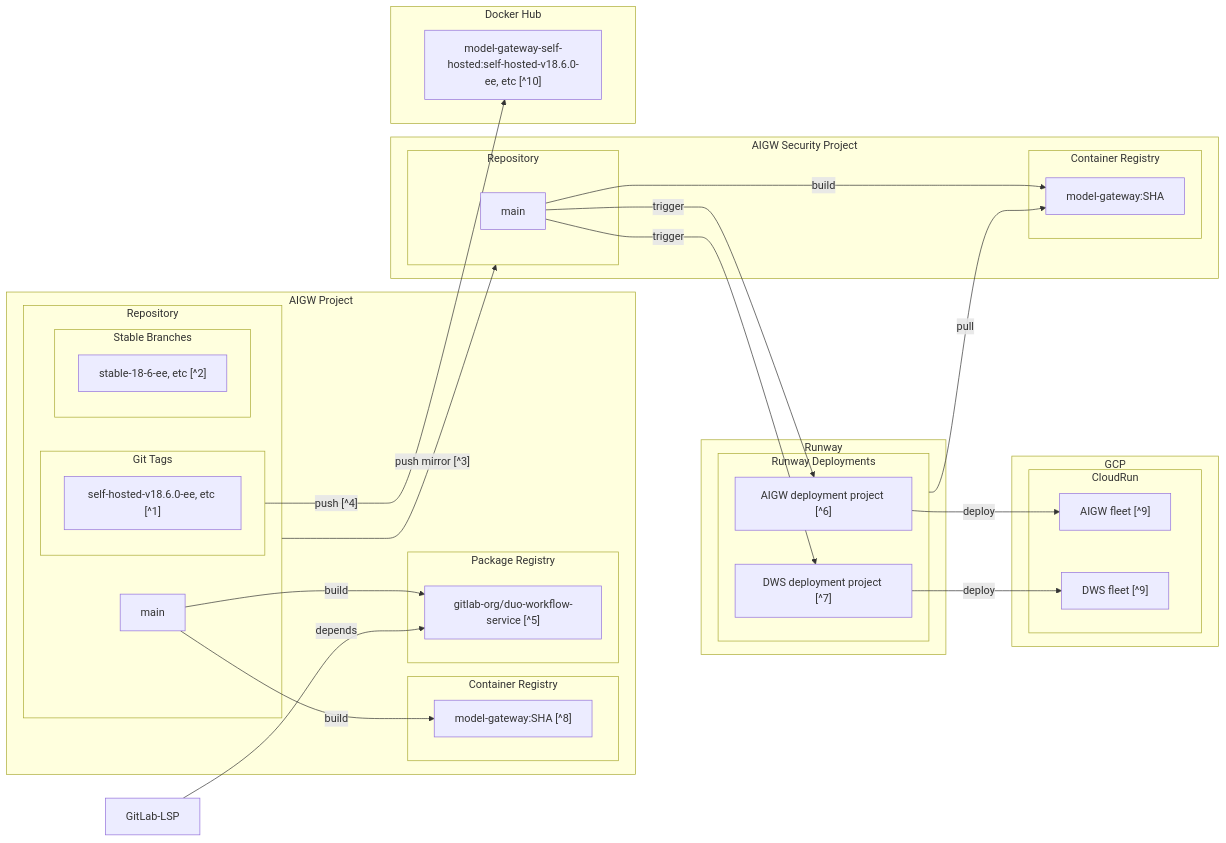
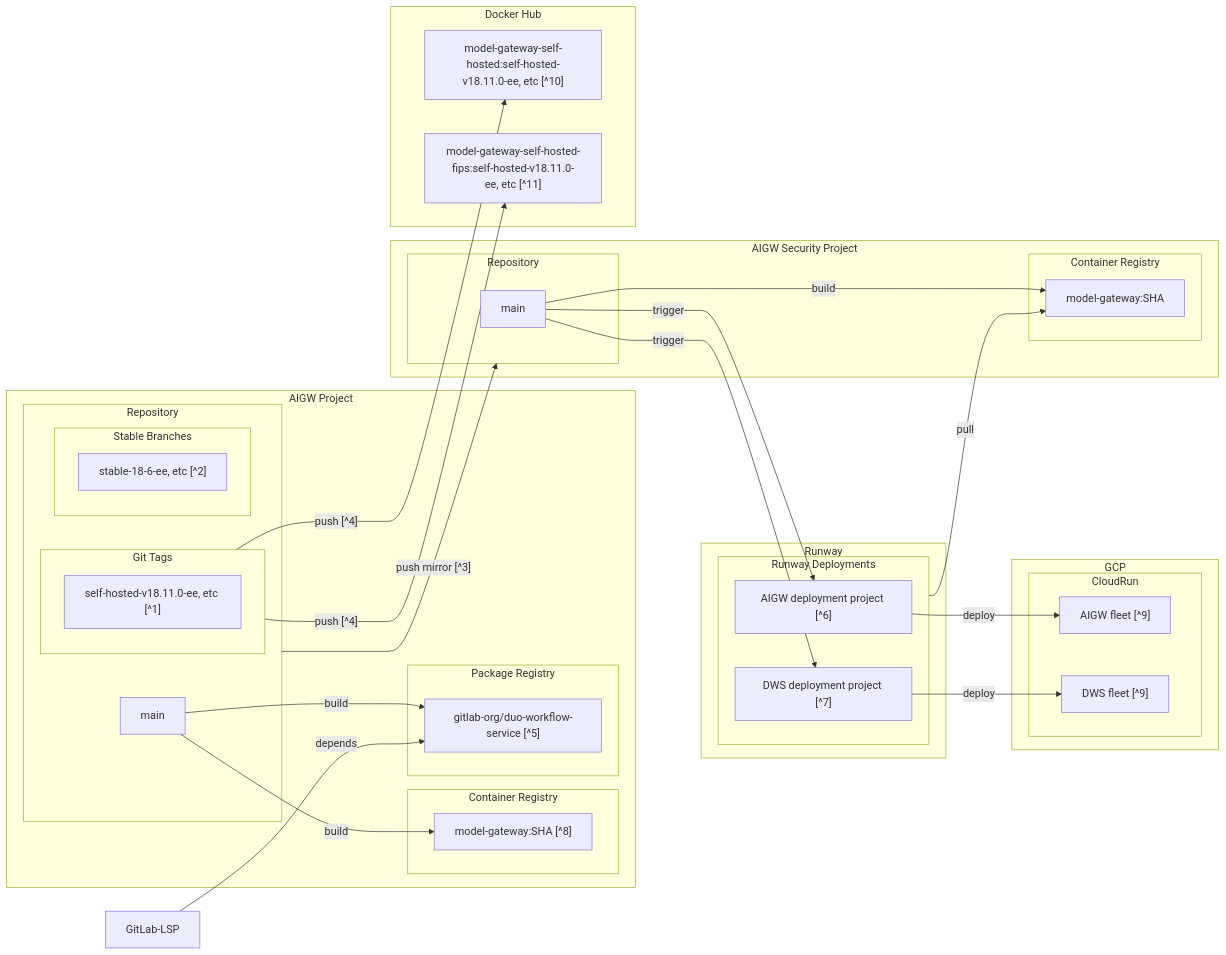
Before and after one commit to movax01h/ai-gateway: the diagram in docs/delivery/index.md, drawn with Mermaid. The commit also changed other lines of this file and 1 other file, not shown here.

Commit message:
docs: add FIPS self-hosted image documentation

````diff
--- a/docs/delivery/index.md
+++ b/docs/delivery/index.md
@@ -3,55 +3,57 @@
 ```mermaid
 flowchart LR
   GitLabLSP["GitLab-LSP"]
   subgraph AIGWProj["AIGW Project"]
     subgraph AIGWRepo["Repository"]
       AIGWRepoMain["main"]
       subgraph AIGWGT["Git Tags"]
-        AIGWv1["self-hosted-v18.6.0-ee, etc [^1]"]
+        AIGWv1["self-hosted-v18.11.0-ee, etc [^1]"]
       end
       subgraph AIGWSB["Stable Branches"]
           AIGWb1["stable-18-6-ee, etc [^2]"]
       end
     end
     subgraph AIGWCR["Container Registry"]
         AIGWCR1["model-gateway:SHA [^8]"]
     end
     subgraph AIGWPR["Package Registry"]
         AIGWPR1["gitlab-org/duo-workflow-service [^5]"]
     end
   end
   subgraph AIGWSecurityProj["AIGW Security Project"]
     subgraph AIGWSRepo["Repository"]
       AIGWSRepoMain["main"]
     end
     subgraph AIGWSCR["Container Registry"]
         AIGWSCR1["model-gateway:SHA"]
     end
   end
   subgraph Runway["Runway"]
     subgraph RunwayDeployments["Runway Deployments"]
       RunwayAIGW["AIGW deployment project [^6]"]
       RunwayDWS["DWS deployment project [^7]"]
     end
   end
   subgraph GCP["GCP"]
     subgraph CloudRun
       AIGWFleet["AIGW fleet [^9]"]
       DWSFleet["DWS fleet [^9]"]
     end
   end
   subgraph DockerHub["Docker Hub"]
-    DHub1["model-gateway-self-hosted:self-hosted-v18.6.0-ee, etc [^10]"]
+    DHub1["model-gateway-self-hosted:self-hosted-v18.11.0-ee, etc [^10]"]
+    DHub2["model-gateway-self-hosted-fips:self-hosted-v18.11.0-ee, etc [^11]"]
   end
   AIGWRepo -- push mirror [^3] --> AIGWSRepo
   AIGWRepoMain -- build --> AIGWCR1
   AIGWRepoMain -- build --> AIGWPR1
   AIGWSRepoMain -- trigger --> RunwayAIGW
   AIGWSRepoMain -- trigger --> RunwayDWS
   AIGWSRepoMain -- build --> AIGWSCR1
   RunwayDeployments -- pull --> AIGWSCR1
   RunwayAIGW -- deploy --> AIGWFleet
   RunwayDWS -- deploy --> DWSFleet
   GitLabLSP -- depends --> AIGWPR1
   AIGWGT -- push [^4] --> DHub1
+  AIGWGT -- push [^4] --> DHub2
 ```
````
